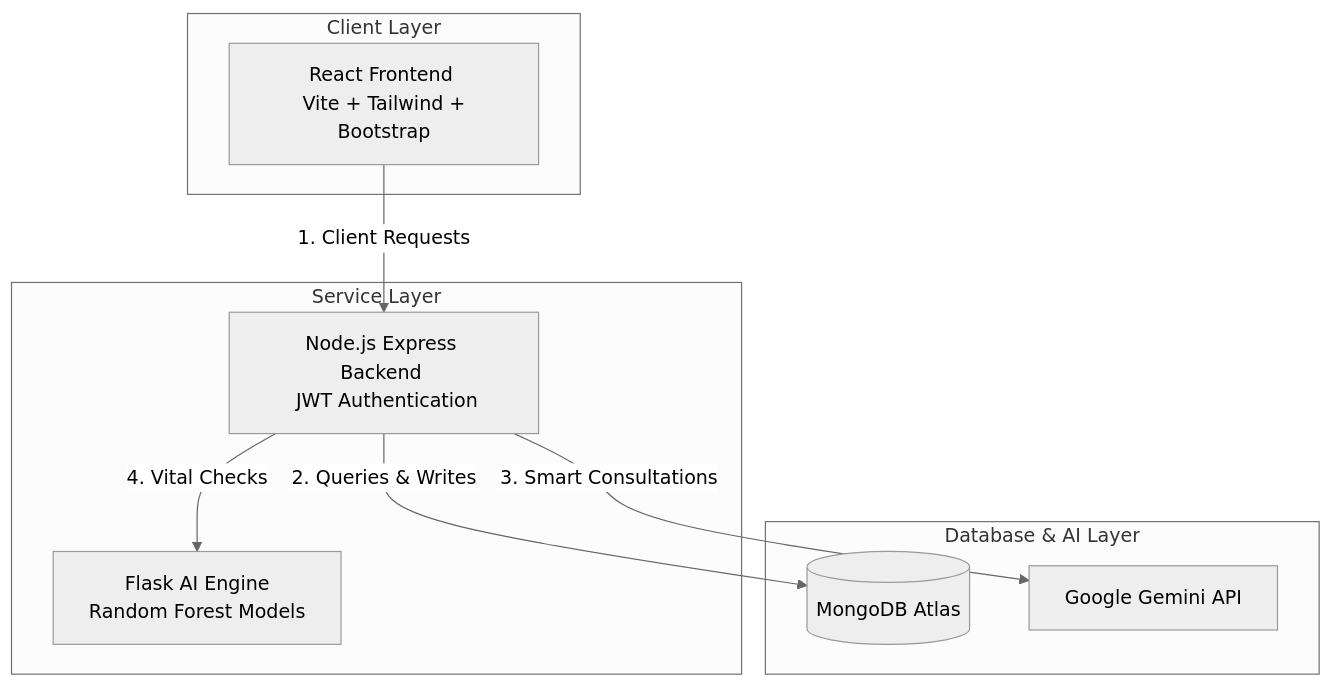
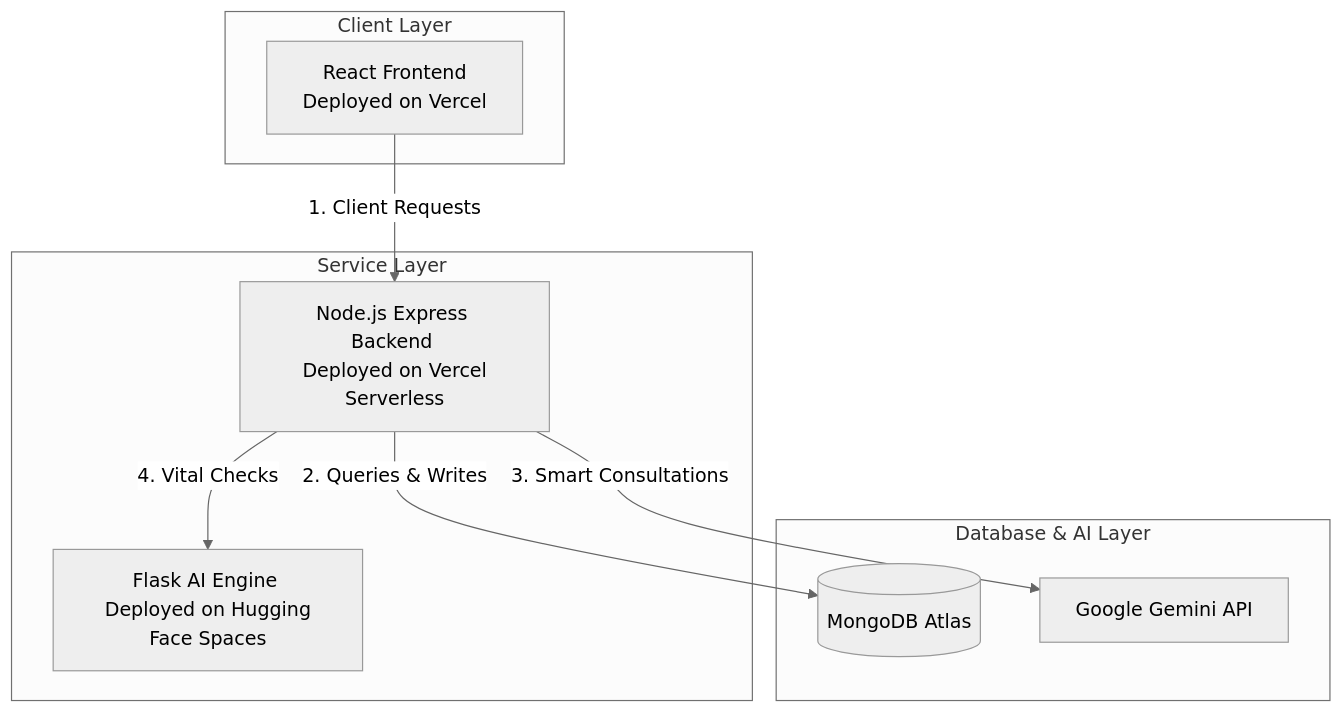
The diagram in README.md (abhi-2029/HospCare), drawn with Mermaid (neutral theme) before and after one commit. The commit also changed other lines of this file, not shown here.

Commit message:
docs: update README with Hugging Face and Vercel hosting details

````diff
--- a/README.md
+++ b/README.md
@@ -22,21 +23,21 @@
 ```mermaid
 graph TD
     subgraph Client Layer
-        A[React Frontend <br> Vite + Tailwind + Bootstrap]
+        A[React Frontend <br> Deployed on Vercel]
     end
 
     subgraph Service Layer
-        B[Node.js Express Backend <br> JWT Authentication]
-        D[Flask AI Engine <br> Random Forest Models]
+        B[Node.js Express Backend <br> Deployed on Vercel Serverless]
+        D[Flask AI Engine <br> Deployed on Hugging Face Spaces]
     end
 
     subgraph Database & AI Layer
         C[(MongoDB Atlas)]
         E[Google Gemini API]
     end
 
     A -->|1. Client Requests| B
     B -->|2. Queries & Writes| C
     B -->|3. Smart Consultations| E
     B -->|4. Vital Checks| D
 ```
````
